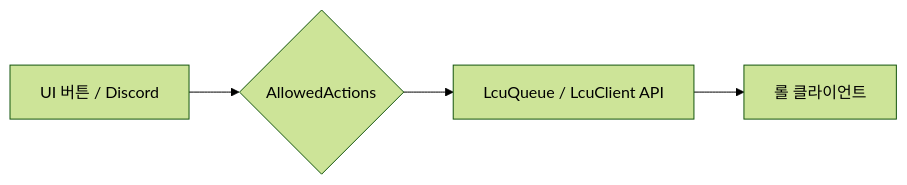
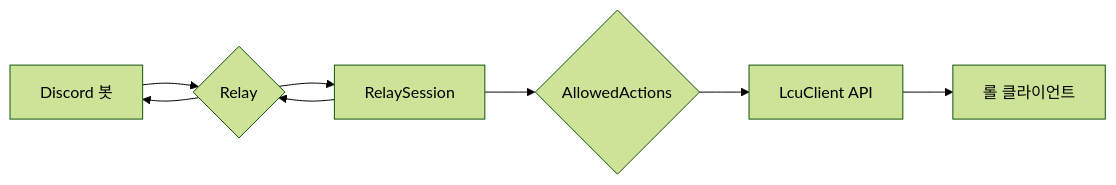
The third of 3 diagrams in docs/AGENT_MECHANISM.md (Waitence7/YummiLCU), drawn with Mermaid (forest theme) before and after one commit. The commit also changed other lines of this file and 70 other files, not shown here.

````diff
--- a/docs/AGENT_MECHANISM.md
+++ b/docs/AGENT_MECHANISM.md
@@ -185,6 +166,10 @@
 ```mermaid
 flowchart LR
-  A[UI 버튼 / Discord] --> B{AllowedActions}
-  B --> C[LcuQueue / LcuClient API]
-  C --> D[롤 클라이언트]
+  A[Discord 봇] --> B{Relay}
+  B --> C[RelaySession]
+  C --> D{AllowedActions}
+  D --> E[LcuClient API]
+  E --> F[롤 클라이언트]
+  C --> B
+  B --> A
 ```
````
